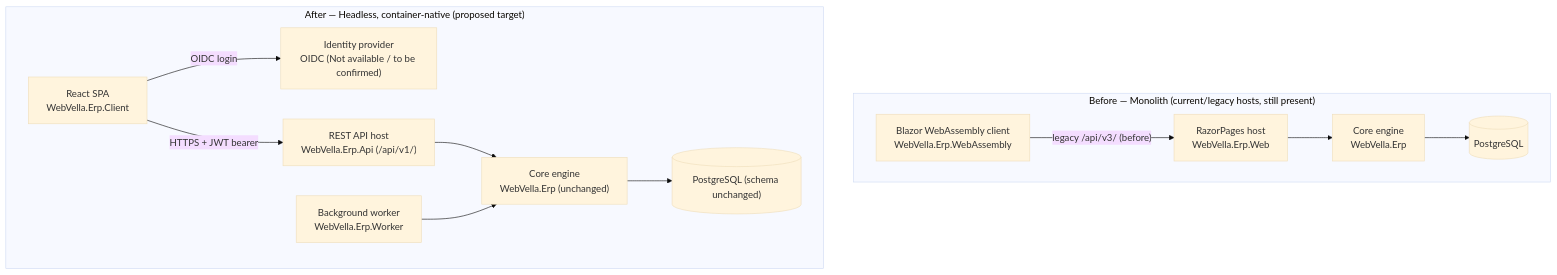
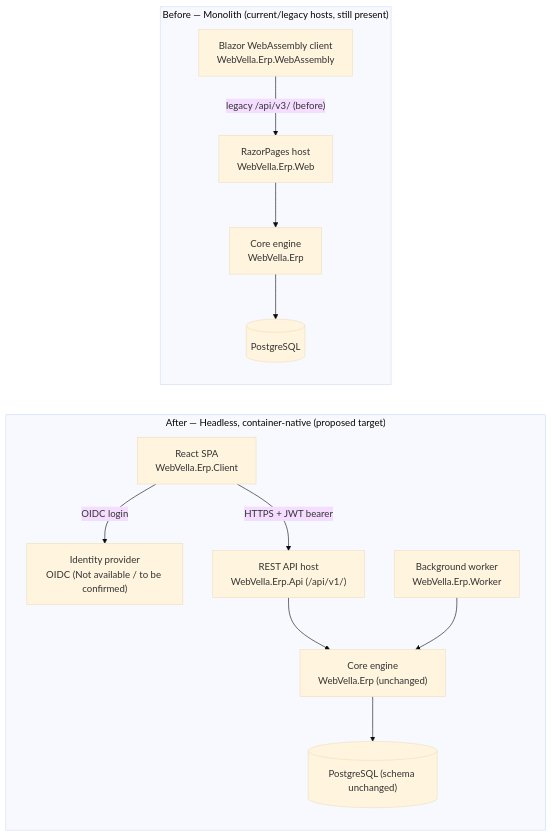
The diagram in docs/migration/overview.md (Blitzy-Sandbox/blitzy-WebVella-ERP), drawn with Mermaid (base theme) before and after one commit. The commit also changed 112 other files, not shown here.

````diff
--- a/docs/migration/overview.md
+++ b/docs/migration/overview.md
@@ -33,27 +33,26 @@
 ```mermaid
 graph TB
     accTitle: Migration before and after topology
     accDescr: Before, a monolith runs the RazorPages host and the Blazor WebAssembly client over the core engine and PostgreSQL using the legacy /api/v3 surface. After, a headless container-native target adds a React SPA, a REST API host on /api/v1, and a background worker over the unchanged core engine and unchanged PostgreSQL schema, with an OIDC identity provider still to be confirmed.
+    %% PF-009: the two topologies are stacked vertically (Before above After) rather than
+    %% laid side by side. As independent components in a `graph TB`, the two subgraphs were
+    %% previously placed horizontally, producing a ~2626px-wide diagram that was illegible at
+    %% normal zoom. Forcing `direction TB` inside each subgraph and adding the invisible link
+    %% `Before ~~~ After` stacks them, reducing width to ~920px while preserving the full
+    %% before/after topology and the accTitle/accDescr accessibility text.
     subgraph Before["Before — Monolith (current/legacy hosts, still present)"]
-        RP["RazorPages host<br/>WebVella.Erp.Web"]
-        BZ["Blazor WebAssembly client<br/>WebVella.Erp.WebAssembly"]
-        COREB["Core engine<br/>WebVella.Erp"]
-        DBB[("PostgreSQL")]
-        BZ -->|"legacy /api/v3/ (before)"| RP
-        RP --> COREB
-        COREB --> DBB
+        direction TB
+        BZ["Blazor WebAssembly client<br/>WebVella.Erp.WebAssembly"] -->|"legacy /api/v3/ (before)"| RP["RazorPages host<br/>WebVella.Erp.Web"]
+        RP --> COREB["Core engine<br/>WebVella.Erp"]
+        COREB --> DBB[("PostgreSQL")]
     end
     subgraph After["After — Headless, container-native (proposed target)"]
-        SPA["React SPA<br/>WebVella.Erp.Client"]
-        API["REST API host<br/>WebVella.Erp.Api (/api/v1/)"]
-        WK["Background worker<br/>WebVella.Erp.Worker"]
-        IDP["Identity provider<br/>OIDC (Not available / to be confirmed)"]
-        COREA["Core engine<br/>WebVella.Erp (unchanged)"]
-        DBA[("PostgreSQL (schema unchanged)")]
-        SPA -->|"OIDC login"| IDP
-        SPA -->|"HTTPS + JWT bearer"| API
-        API --> COREA
-        WK --> COREA
-        COREA --> DBA
+        direction TB
+        SPA["React SPA<br/>WebVella.Erp.Client"] -->|"OIDC login"| IDP["Identity provider<br/>OIDC (Not available / to be confirmed)"]
+        SPA -->|"HTTPS + JWT bearer"| API["REST API host<br/>WebVella.Erp.Api (/api/v1/)"]
+        API --> COREA["Core engine<br/>WebVella.Erp (unchanged)"]
+        WK["Background worker<br/>WebVella.Erp.Worker"] --> COREA
+        COREA --> DBA[("PostgreSQL (schema unchanged)")]
     end
+    Before ~~~ After
 ```
````
